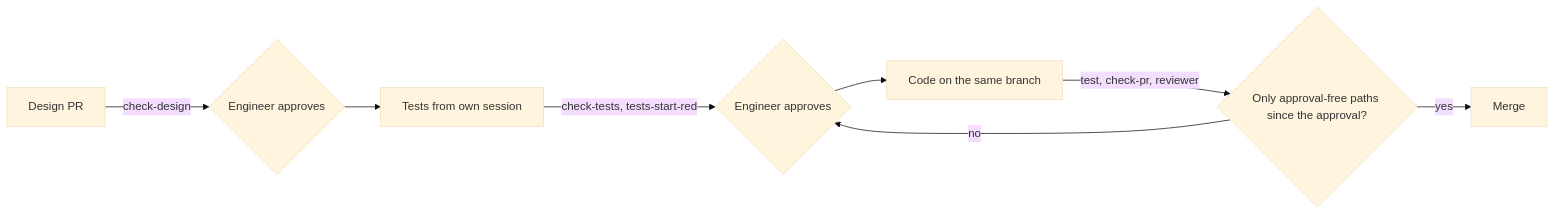
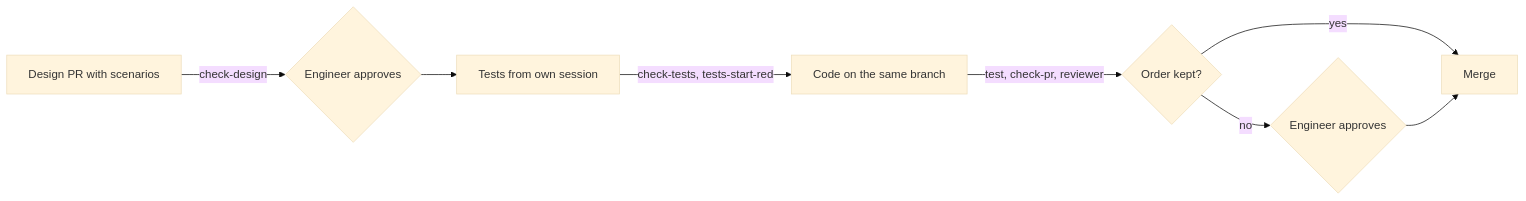
Before and after one commit to HannesT117/software-factory: the diagram in docs/increments/02-trust-core/design.md, drawn with Mermaid (base theme). The commit also changed other lines of this file, not shown here.

First line of the commit message:
Let the engineer approve test cases, not test code (#22)

````diff
--- a/docs/increments/02-trust-core/design.md
+++ b/docs/increments/02-trust-core/design.md
@@ -27,10 +27,10 @@
 ```mermaid
 flowchart LR
-  A[Design PR] -->|check-design| B{Engineer approves}
+  A[Design PR with scenarios] -->|check-design| B{Engineer approves}
   B --> C[Tests from own session]
-  C -->|check-tests, tests-start-red| D{Engineer approves}
-  D --> E[Code on the same branch]
-  E -->|test, check-pr, reviewer| F{Only approval-free paths since the approval?}
-  F -->|yes| G[Merge]
-  F -->|no| D
+  C -->|check-tests, tests-start-red| D[Code on the same branch]
+  D -->|test, check-pr, reviewer| E{Order kept?}
+  E -->|yes| F[Merge]
+  E -->|no| G{Engineer approves}
+  G --> F
 ```
````
